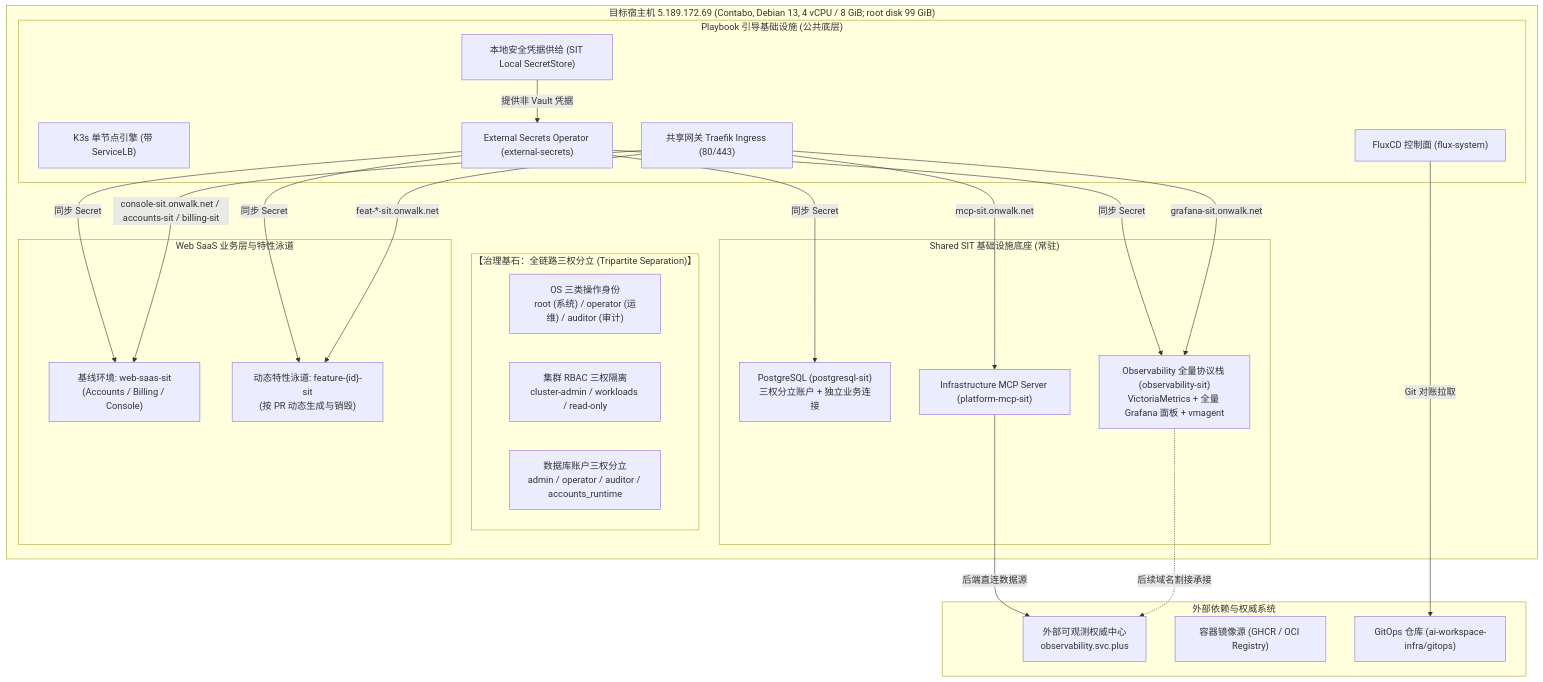
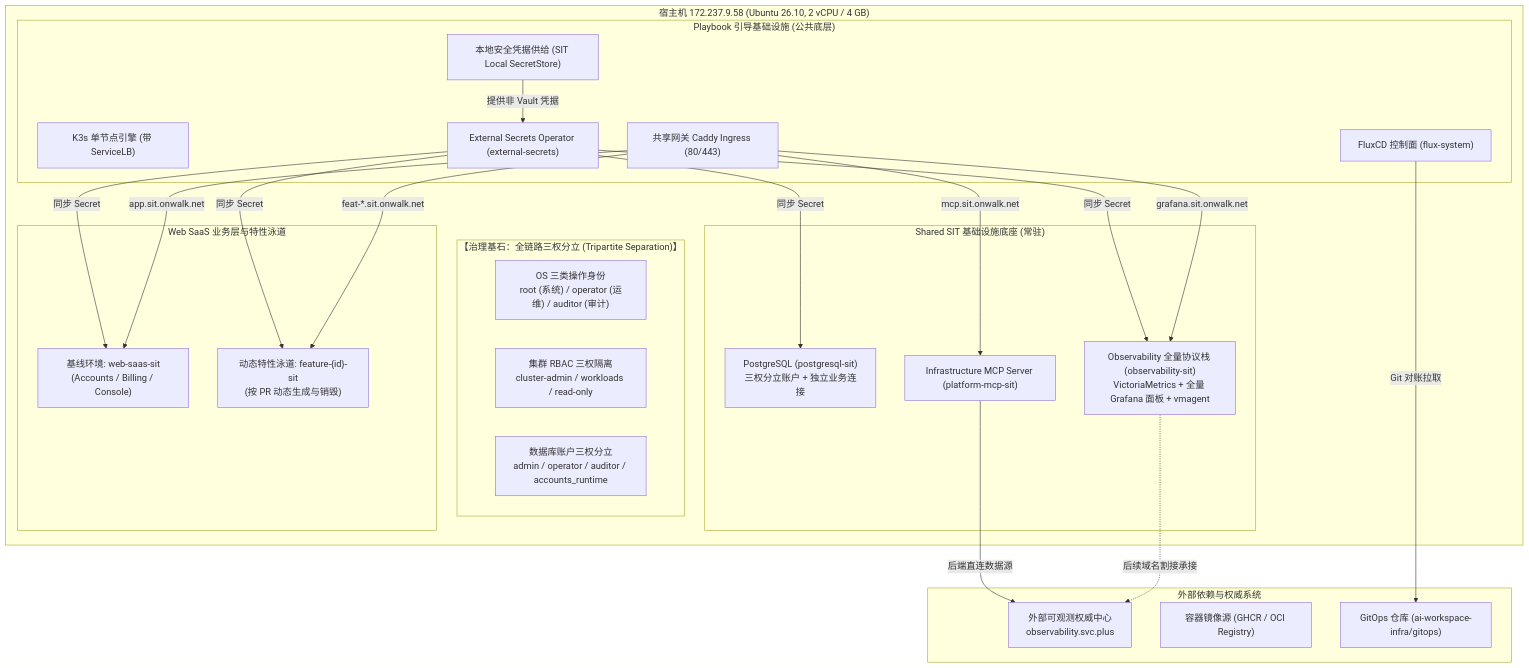
Before and after one commit to ai-workspace-services/knowledge: the first of 2 diagrams in docs/reference/platform-delivery/clusters/sit-k3s-v6/SIT-K3S-V6-模块化交付与特性泳道规划.md, drawn with Mermaid. The commit also changed other lines of this file and 1 other file, not shown here.

Commit message:
docs(sit-k3s-v6): record ai-desktop/ai-aggregator cutover, svc.plus domain rules and accounts SSO (#401)

````diff
--- a/docs/reference/platform-delivery/clusters/sit-k3s-v6/SIT-K3S-V6-模块化交付与特性泳道规划.md
+++ b/docs/reference/platform-delivery/clusters/sit-k3s-v6/SIT-K3S-V6-模块化交付与特性泳道规划.md
@@ -111,49 +110,49 @@
 ```mermaid
 flowchart TB
-    subgraph Host["目标宿主机 5.189.172.69 (Contabo, Debian 13, 4 vCPU / 8 GiB; root disk 99 GiB)"]
+    subgraph Host["宿主机 172.237.9.58 (Ubuntu 26.10, 2 vCPU / 4 GB)"]
         subgraph TripartiteSec["【治理基石：全链路三权分立 (Tripartite Separation)】"]
             OS_ID["OS 三类操作身份<br/>root (系统) / operator (运维) / auditor (审计)"]
             K8S_RBAC["集群 RBAC 三权隔离<br/>cluster-admin / workloads / read-only"]
             DB_ROLES["数据库账户三权分立<br/>admin / operator / auditor / accounts_runtime"]
         end
 
         subgraph InfraBootstrap["Playbook 引导基础设施 (公共底层)"]
             K3S["K3s 单节点引擎 (带 ServiceLB)"]
             FLUX["FluxCD 控制面 (flux-system)"]
             ESO["External Secrets Operator (external-secrets)"]
-            INGRESS["共享网关 Traefik Ingress (80/443)"]
+            INGRESS["共享网关 Caddy Ingress (80/443)"]
             LOCALSEC["本地安全凭据供给 (SIT Local SecretStore)"]
         end
 
         subgraph SharedSIT["Shared SIT 基础设施底座 (常驻)"]
             PG["PostgreSQL (postgresql-sit)<br/>三权分立账户 + 独立业务连接"]
             OBS["Observability 全量协议栈 (observability-sit)<br/>VictoriaMetrics + 全量 Grafana 面板 + vmagent"]
             MCP["Infrastructure MCP Server (platform-mcp-sit)"]
         end
 
         subgraph WebSaaSPlatform["Web SaaS 业务层与特性泳道"]
             BASE["基线环境: web-saas-sit<br/>(Accounts / Billing / Console)"]
             LANE["动态特性泳道: feature-{id}-sit<br/>(按 PR 动态生成与销毁)"]
         end
     end
 
     subgraph ExternalServices["外部依赖与权威系统"]
         EXT_OBS["外部可观测权威中心<br/>observability.svc.plus"]
         EXT_REG["容器镜像源 (GHCR / OCI Registry)"]
         GITOPS_REPO["GitOps 仓库 (ai-workspace-infra/gitops)"]
     end
 
     %% 连接关系
     FLUX -->|Git 对账拉取| GITOPS_REPO
     MCP -->|后端直连数据源| EXT_OBS
     OBS -.->|后续域名割接承接| EXT_OBS
     LOCALSEC -->|提供非 Vault 凭据| ESO
     ESO -->|同步 Secret| PG
     ESO -->|同步 Secret| OBS
     ESO -->|同步 Secret| BASE
     ESO -->|同步 Secret| LANE
-    INGRESS -->|console-sit.onwalk.net / accounts-sit / billing-sit| BASE
-    INGRESS -->|feat-*-sit.onwalk.net| LANE
-    INGRESS -->|grafana-sit.onwalk.net| OBS
-    INGRESS -->|mcp-sit.onwalk.net| MCP
+    INGRESS -->|app.sit.onwalk.net| BASE
+    INGRESS -->|feat-*.sit.onwalk.net| LANE
+    INGRESS -->|grafana.sit.onwalk.net| OBS
+    INGRESS -->|mcp.sit.onwalk.net| MCP
 ```
````
